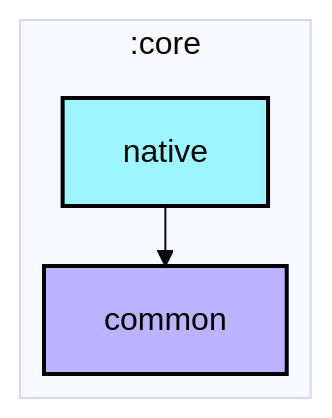
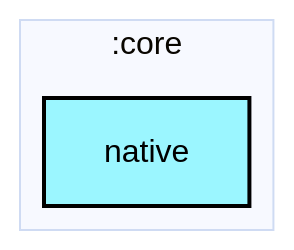
The first of 2 diagrams in core/native/README.md (Sunior-k/walklog), drawn with Mermaid (base theme) before and after one commit. The commit also changed other lines of this file and 75 other files, not shown here.

````diff
--- a/core/native/README.md
+++ b/core/native/README.md
@@ -8,22 +8,19 @@
 ```mermaid
 ---
 config:
   layout: elk
   elk:
     nodePlacementStrategy: SIMPLE
 ---
 graph TB
   subgraph :core
     direction TB
     :core:native[native]:::android-library
-    :core:common[common]:::jvm-library
   end
-
-  :core:native --> :core:common
 
 classDef android-application fill:#CAFFBF,stroke:#000,stroke-width:2px,color:#000;
 classDef android-feature fill:#FFD6A5,stroke:#000,stroke-width:2px,color:#000;
 classDef android-library fill:#9BF6FF,stroke:#000,stroke-width:2px,color:#000;
 classDef android-test fill:#A0C4FF,stroke:#000,stroke-width:2px,color:#000;
 classDef jvm-library fill:#BDB2FF,stroke:#000,stroke-width:2px,color:#000;
 ```
````
